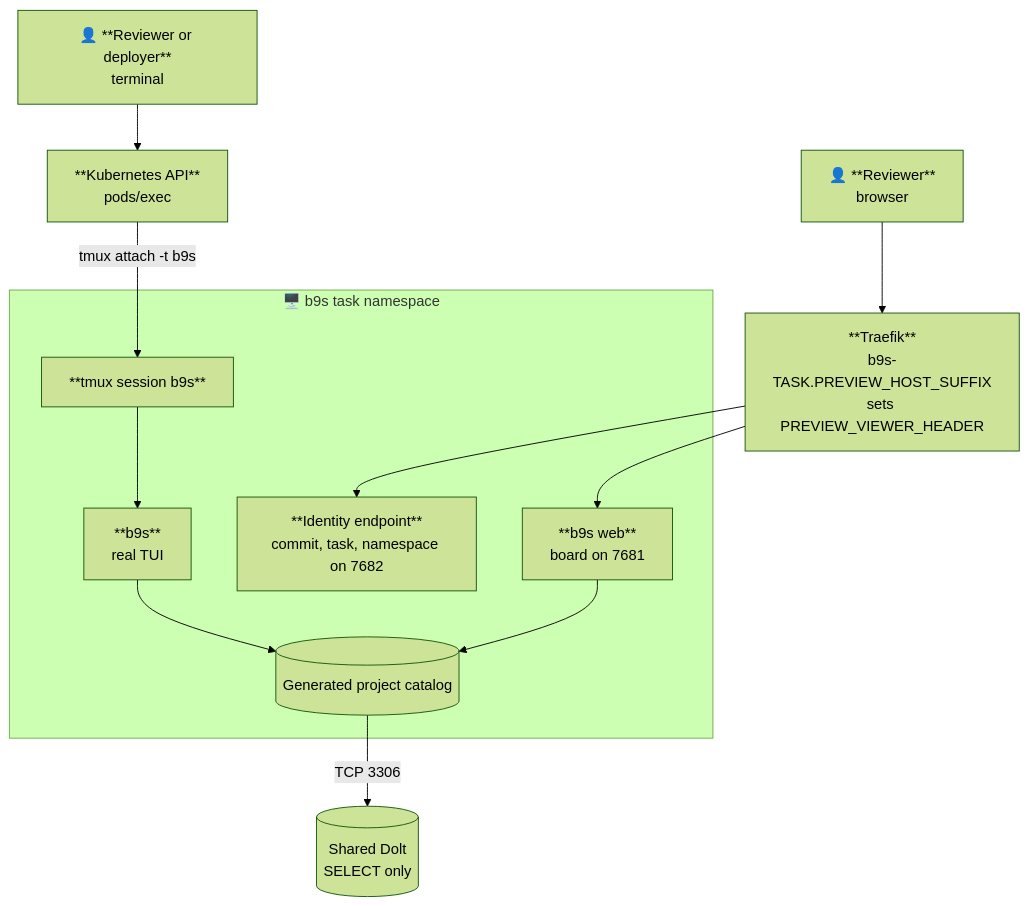
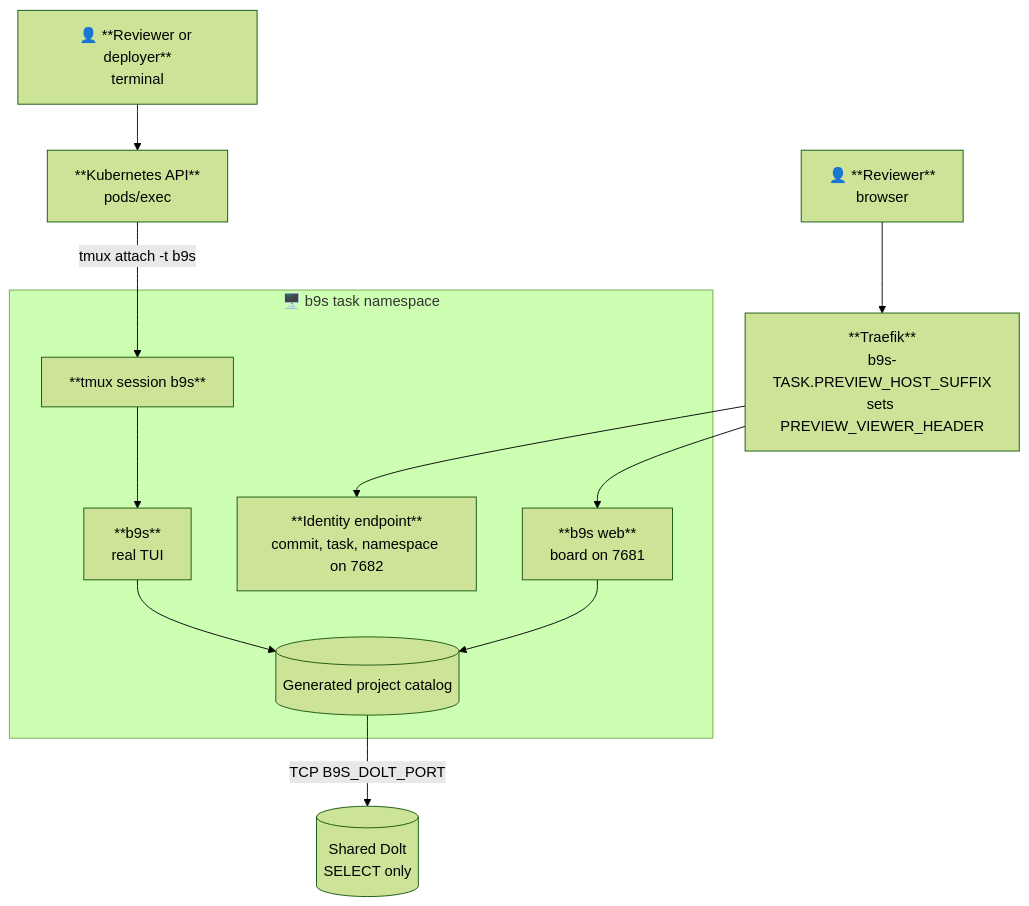
The diagram in docs/preview-contract.md (elmpp/b9s), drawn with Mermaid (forest theme) before and after one commit. The commit also changed other lines of this file and 3 other files, not shown here.

````diff
--- a/docs/preview-contract.md
+++ b/docs/preview-contract.md
@@ -77,27 +79,27 @@
 ```mermaid
 graph TB
     USER["👤 **Reviewer**<br/>browser"]
     TERM["👤 **Reviewer or deployer**<br/>terminal"]
     TRAEFIK["**Traefik**<br/>b9s-TASK.PREVIEW_HOST_SUFFIX<br/>sets PREVIEW_VIEWER_HEADER"]
     API["**Kubernetes API**<br/>pods/exec"]
 
     subgraph NS["🖥️ b9s task namespace"]
         WEB["**b9s web**<br/>board on 7681"]
         ID["**Identity endpoint**<br/>commit, task, namespace on 7682"]
         TMUX["**tmux session b9s**"]
         B9S["**b9s**<br/>real TUI"]
         CATALOG[("Generated project catalog")]
         TMUX --> B9S
         B9S --> CATALOG
         WEB --> CATALOG
     end
 
     DOLT[("Shared Dolt<br/>SELECT only")]
 
     USER --> TRAEFIK
     TRAEFIK --> WEB
     TRAEFIK --> ID
     TERM --> API
     API -->|"tmux attach -t b9s"| TMUX
-    CATALOG -->|"TCP 3306"| DOLT
+    CATALOG -->|"TCP B9S_DOLT_PORT"| DOLT
 ```
````
